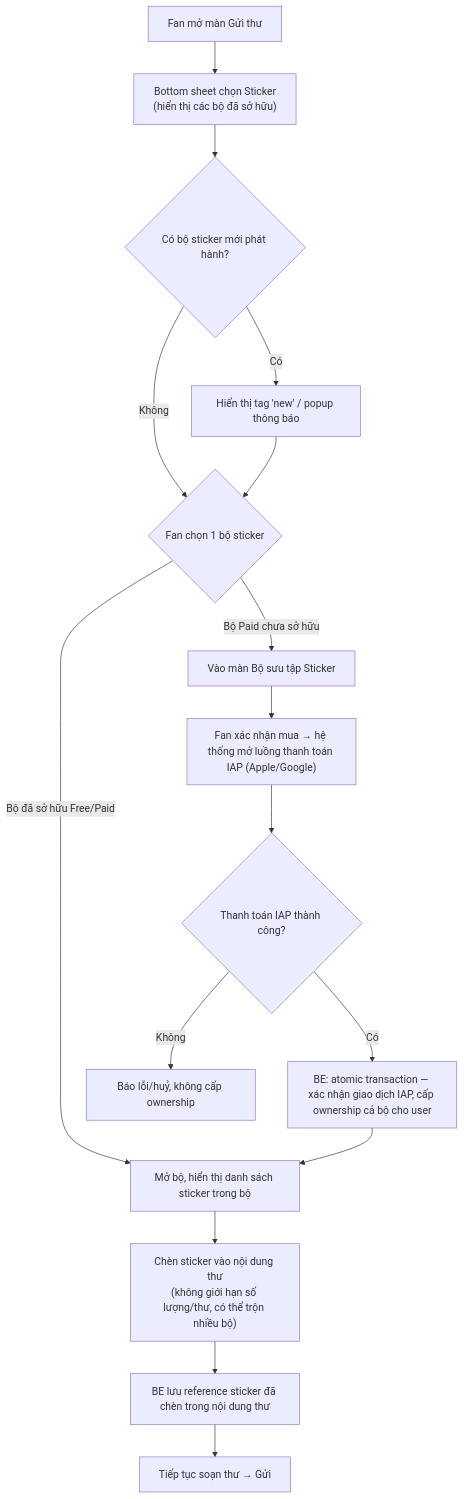
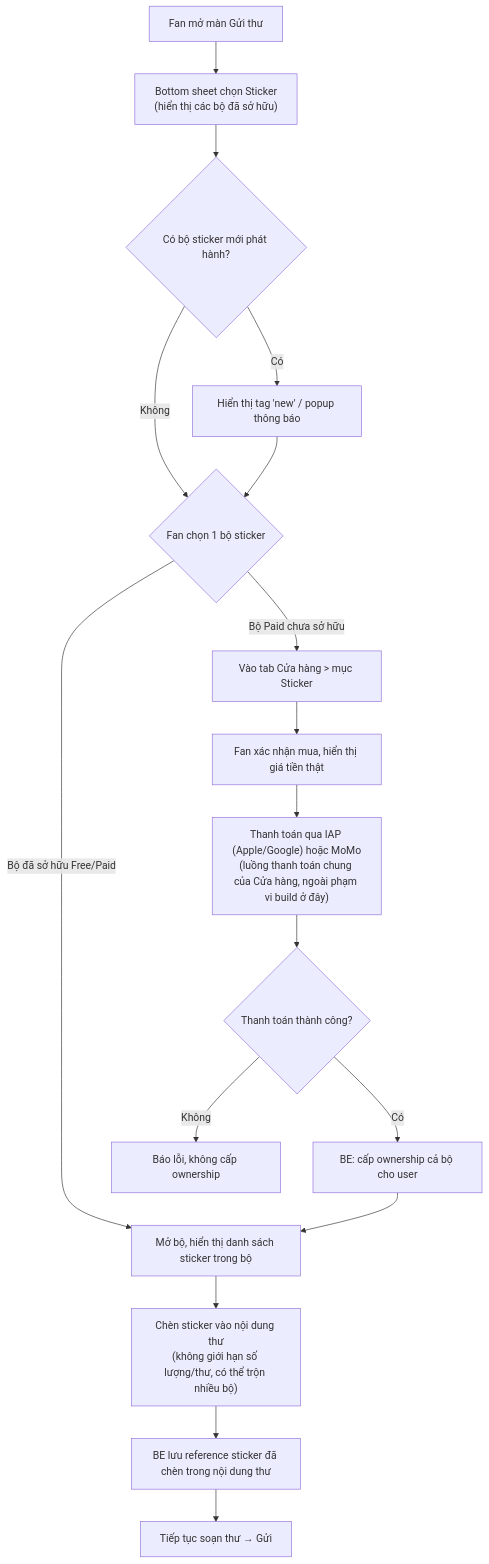
Before and after one commit to chrishieu/fana-analysis: the second of 2 diagrams in FSD_mvp2_Sticker.md, drawn with Mermaid. The commit also changed other lines of this file, not shown here.

Commit message:
Update FSD documentation for MVP2 Sticker feature: clarify payment methods for Paid sets, ensure compliance with game licensing, and refine ownership and transaction details.

````diff
--- a/FSD_mvp2_Sticker.md
+++ b/FSD_mvp2_Sticker.md
@@ -85,18 +85,19 @@
 ```mermaid
 flowchart TD
     A["Fan mở màn Gửi thư"] --> B["Bottom sheet chọn Sticker<br/>(hiển thị các bộ đã sở hữu)"]
     B --> C{"Có bộ sticker mới phát hành?"}
     C -->|Có| D["Hiển thị tag 'new' / popup thông báo"]
     C -->|Không| E
     D --> E{"Fan chọn 1 bộ sticker"}
     E -->|Bộ đã sở hữu Free/Paid| F["Mở bộ, hiển thị danh sách sticker trong bộ"]
-    E -->|Bộ Paid chưa sở hữu| G["Vào màn Bộ sưu tập Sticker"]
-    G --> H["Fan xác nhận mua → hệ thống mở luồng thanh toán IAP (Apple/Google)"]
-    H --> I{"Thanh toán IAP thành công?"}
-    I -->|Có| J["BE: atomic transaction — xác nhận giao dịch IAP, cấp ownership cả bộ cho user"]
-    I -->|Không| K["Báo lỗi/huỷ, không cấp ownership"]
-    J --> F
+    E -->|Bộ Paid chưa sở hữu| G["Vào tab Cửa hàng > mục Sticker"]
+    G --> H["Fan xác nhận mua, hiển thị giá tiền thật"]
+    H --> I2["Thanh toán qua IAP (Apple/Google) hoặc MoMo<br/>(luồng thanh toán chung của Cửa hàng, ngoài phạm vi build ở đây)"]
+    I2 --> J2{"Thanh toán thành công?"}
+    J2 -->|Có| I["BE: cấp ownership cả bộ cho user"]
+    J2 -->|Không| J["Báo lỗi, không cấp ownership"]
+    I --> F
     F --> L["Chèn sticker vào nội dung thư<br/>(không giới hạn số lượng/thư, có thể trộn nhiều bộ)"]
     L --> M["BE lưu reference sticker đã chèn trong nội dung thư"]
     M --> N["Tiếp tục soạn thư → Gửi"]
 ```
````
